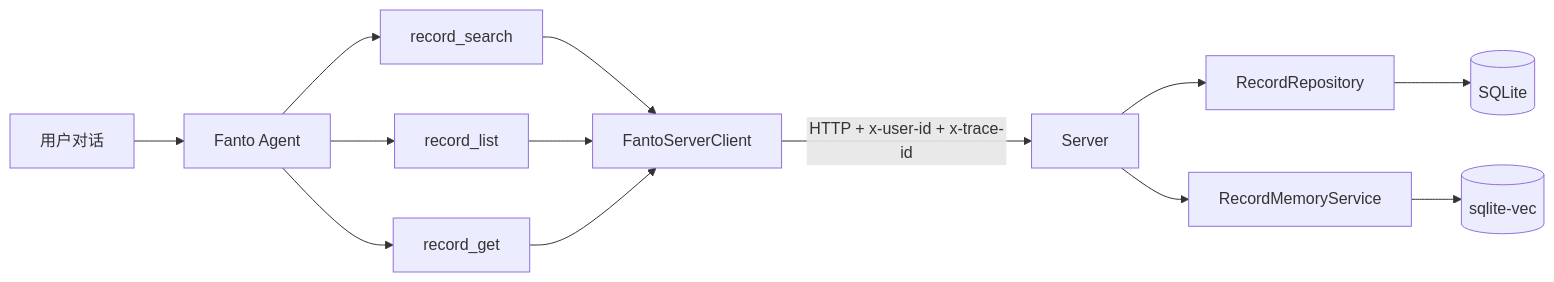
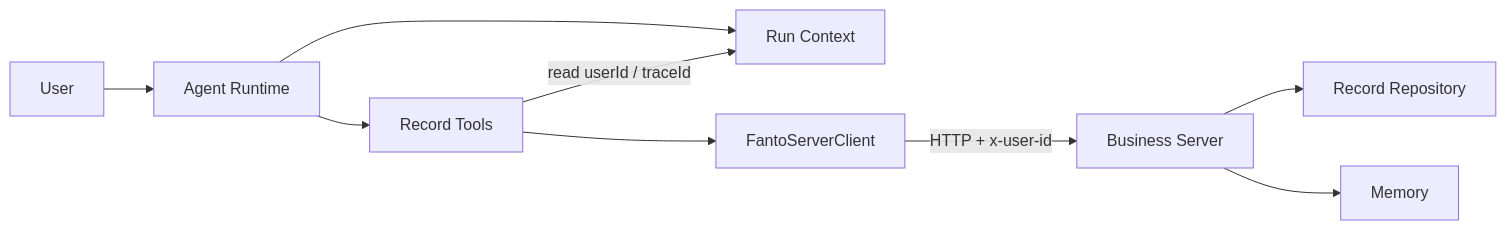
Before and after one commit to huiru-wang/fanto: the diagram in plan/2026-09-18-agent-record-tools-oss-region/design.md, drawn with Mermaid. The commit also changed other lines of this file and 5 other files, not shown here.

First line of the commit message:
docs(plan): consolidate memory and record tool plans

````diff
--- a/plan/2026-09-18-agent-record-tools-oss-region/design.md
+++ b/plan/2026-09-18-agent-record-tools-oss-region/design.md
@@ -16,15 +67,11 @@
-```mermaid
+~~~mermaid
 flowchart LR
-  U[用户对话] --> A[Fanto Agent]
-  A --> T1[record_search]
-  A --> T2[record_list]
-  A --> T3[record_get]
-  T1 --> C[FantoServerClient]
-  T2 --> C
-  T3 --> C
-  C -->|HTTP + x-user-id + x-trace-id| S[Server]
-  S --> R[RecordRepository]
-  S --> M[RecordMemoryService]
-  R --> DB[(SQLite)]
-  M --> V[(sqlite-vec)]
-```
+  U[User] --> A[Agent Runtime]
+  A --> C[Run Context]
+  A --> T[Record Tools]
+  T -->|read userId / traceId| C
+  T --> F[FantoServerClient]
+  F -->|HTTP + x-user-id| S[Business Server]
+  S --> R[Record Repository]
+  S --> M[Memory]
+~~~
````
